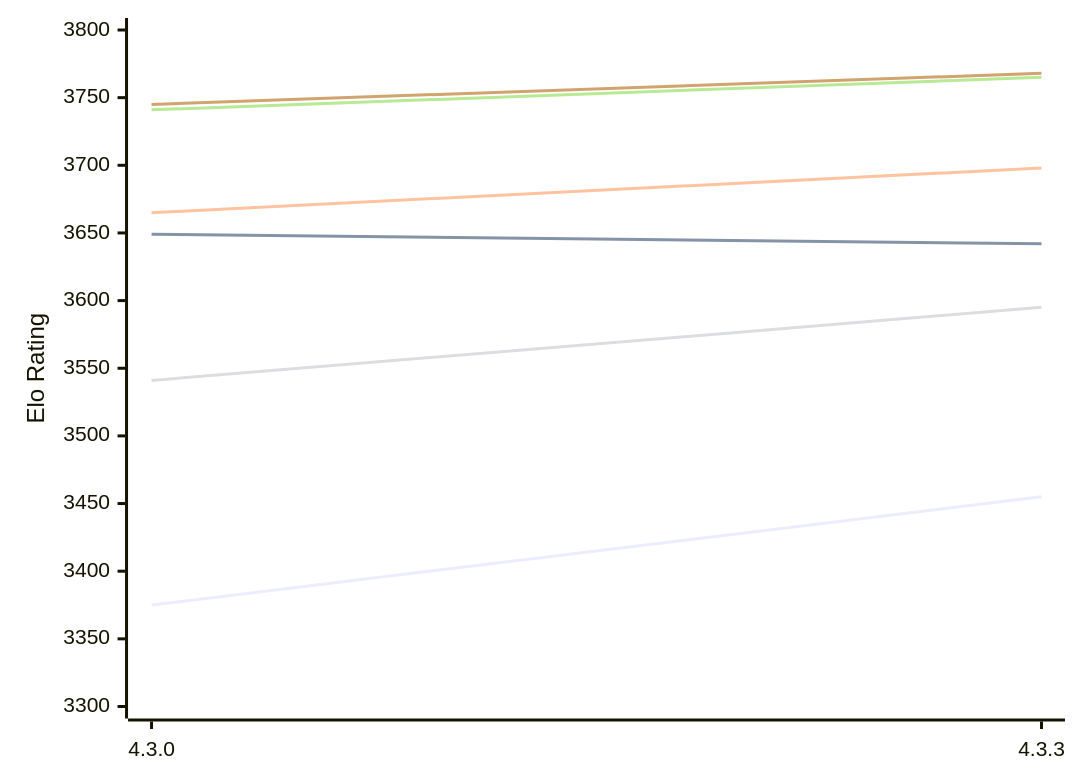
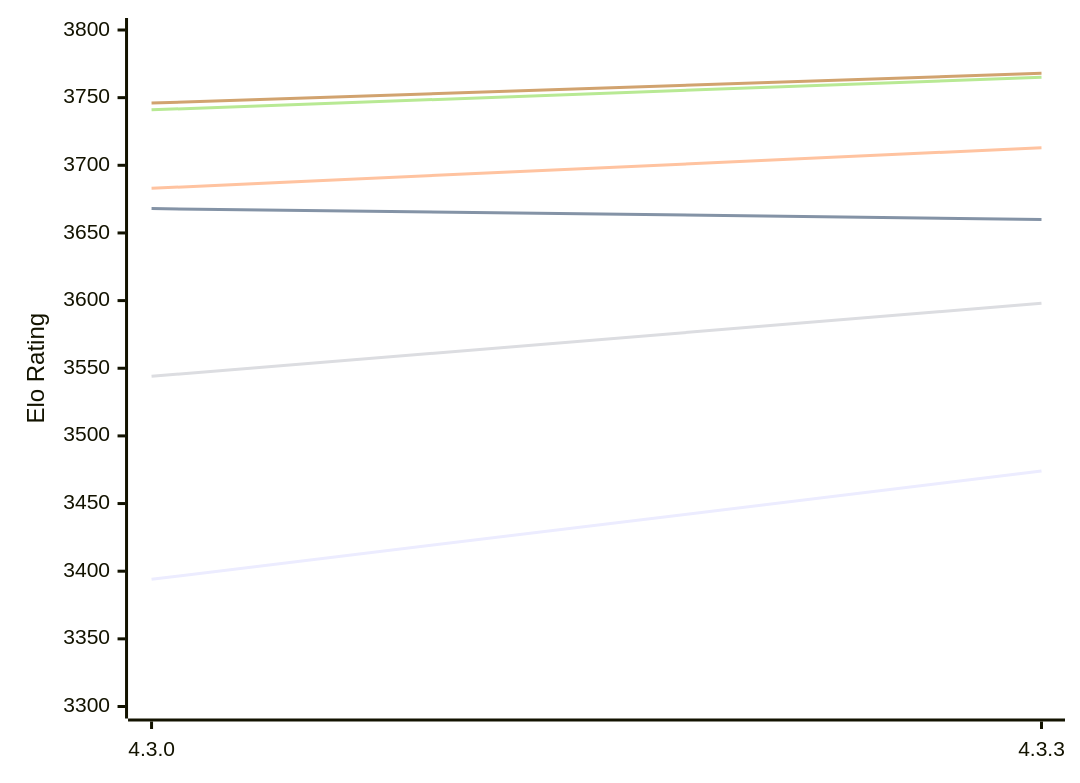
One commit to computer-chess-index/cci changed the first of 2 diagrams in engines/Gaia.md. Above: the diagram before and after it, drawn with Mermaid. The commit also changed other lines of this file, not shown here.

Commit message:
Update CCI Ratings (ELO VLTC) - 2026-10-22

````diff
--- a/engines/Gaia.md
+++ b/engines/Gaia.md
@@ -55,12 +55,12 @@
 ```mermaid
 %%{init: {"theme":"base","themeVariables":{"seriesColors:['#a3a3a3','#222221','#faa371']}}}%%
 xychart-beta
   x-axis ["4.3.0", "4.3.3"]
   y-axis "Elo Rating" 3300 --> 3800
-  line "E1: STC (8.0+0.08s)" [3375, 3455]
-  line "E1: LTC (60.0+0.60s)" [3649, 3642]
-  line "E1: VLTC (2m24s+1.12s)" [3665, 3698]
-  line "P1: STC (8.0+0.08s)" [3541, 3595]
+  line "E1: STC (8.0+0.08s)" [3394, 3474]
+  line "E1: LTC (60.0+0.60s)" [3668, 3660]
+  line "E1: VLTC (2m24s+1.12s)" [3683, 3713]
+  line "P1: STC (8.0+0.08s)" [3544, 3598]
   line "P1: LTC (60.0+0.60s)" [3741, 3765]
-  line "P1: VLTC (2m24s+1.12s)" [3745, 3768]
+  line "P1: VLTC (2m24s+1.12s)" [3746, 3768]
 ```
````
